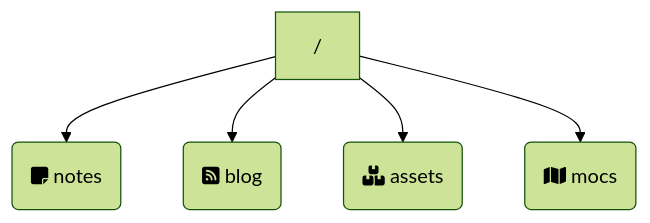
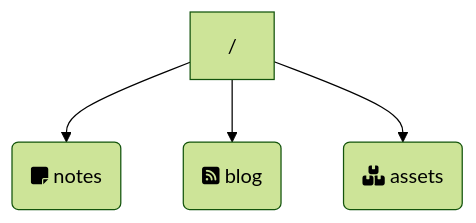
The diagram in content/notes/Quartz 4.md (quantumgardener/quartz), drawn with Mermaid (forest theme) before and after one commit. The commit also changed other lines of this file and 2 other files, not shown here.

````diff
--- a/content/notes/Quartz 4.md
+++ b/content/notes/Quartz 4.md
@@ -15,7 +15,6 @@
 ```mermaid
 flowchart TD
     A["/"] --> B(fa:fa-note-sticky notes)
     A --> C(fa:fa-square-rss blog)
     A --> D(fa:fa-boxes-stacked assets)   
-    A --> E(fa:fa-map mocs)
 ```
````
